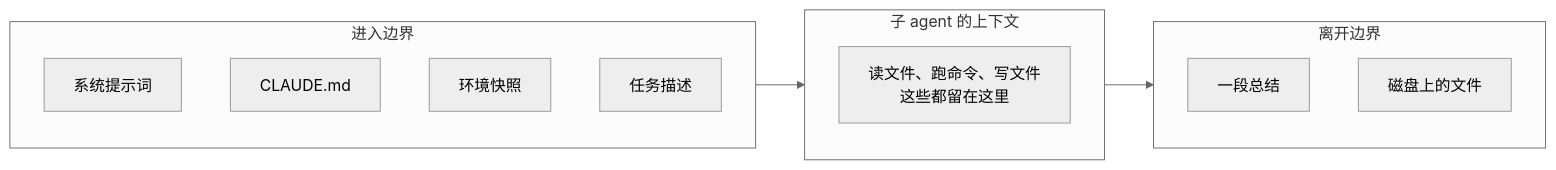
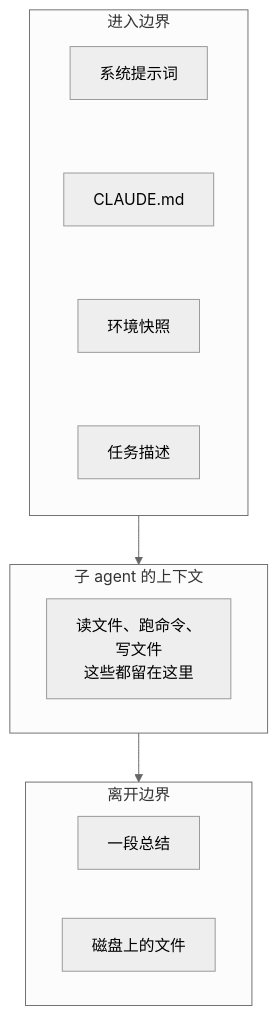
One commit to jarvis-pro/hatch-shelf changed the diagram in books/multi-agent/03-subagent-context.md. Above: the diagram before and after it, drawn with Mermaid (neutral theme). The commit also changed 432 other files, not shown here.

````diff
--- a/books/multi-agent/03-subagent-context.md
+++ b/books/multi-agent/03-subagent-context.md
@@ -20,17 +20,15 @@
 ```mermaid
-flowchart LR
+flowchart TD
   subgraph IN["进入边界"]
-    A["系统提示词"]
-    B["CLAUDE.md"]
-    C["环境快照"]
-    D["任务描述"]
+    direction TB
+    A["系统提示词"] ~~~ B["CLAUDE.md"] ~~~ C["环境快照"] ~~~ D["任务描述"]
   end
   subgraph SUB["子 agent 的上下文"]
-    W["读文件、跑命令、写文件<br/>这些都留在这里"]
+    W["读文件、跑命令、<br/>写文件<br/>这些都留在这里"]
   end
   subgraph OUT["离开边界"]
     R["一段总结"]
     F["磁盘上的文件"]
   end
   IN --> SUB --> OUT
 ```
````
